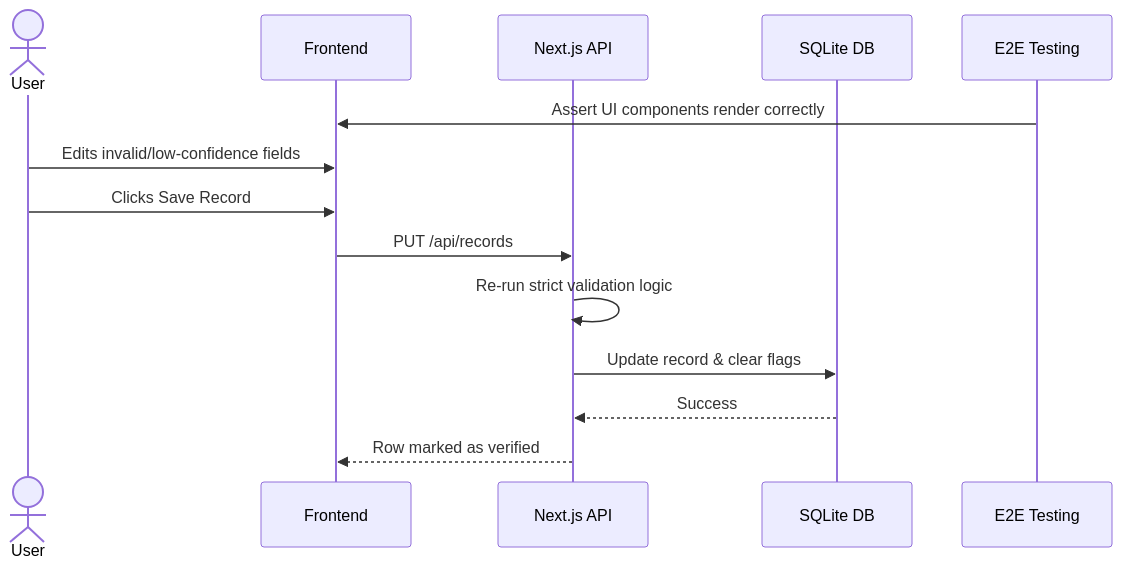
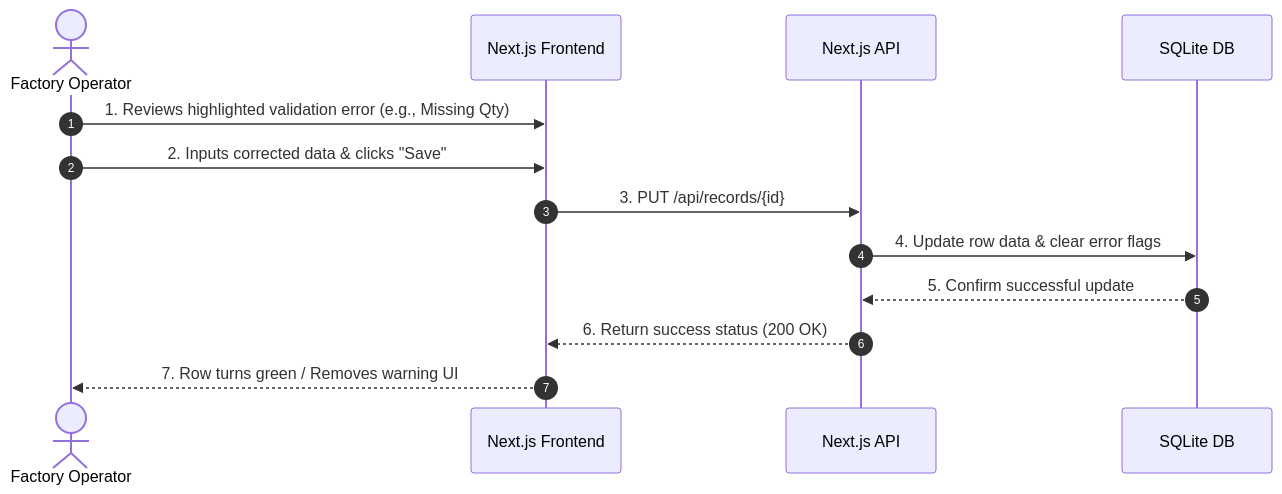
Before and after one commit to nanthitha25/biztelai: the fifth of 8 diagrams in README.md, drawn with Mermaid. The commit also changed other lines of this file, not shown here.

Commit message:
docs: Update Architecture and Sequence diagrams

````diff
--- a/README.md
+++ b/README.md
@@ -158,17 +145,16 @@
 ```mermaid
 sequenceDiagram
-    actor User
-    participant UI as Frontend
+    autonumber
+    actor Operator as Factory Operator
+    participant UI as Next.js Frontend
     participant API as Next.js API
     participant DB as SQLite DB
-    participant Test as E2E Testing
 
-    Test->>UI: Assert UI components render correctly
-    User->>UI: Edits invalid/low-confidence fields
-    User->>UI: Clicks Save Record
-    UI->>API: PUT /api/records
-    API->>API: Re-run strict validation logic
-    API->>DB: Update record & clear flags
-    DB-->>API: Success
-    API-->>UI: Row marked as verified
+    Operator->>UI: 1. Reviews highlighted validation error (e.g., Missing Qty)
+    Operator->>UI: 2. Inputs corrected data & clicks "Save"
+    UI->>API: 3. PUT /api/records/{id}
+    API->>DB: 4. Update row data & clear error flags
+    DB-->>API: 5. Confirm successful update
+    API-->>UI: 6. Return success status (200 OK)
+    UI-->>Operator: 7. Row turns green / Removes warning UI
 ```
````
